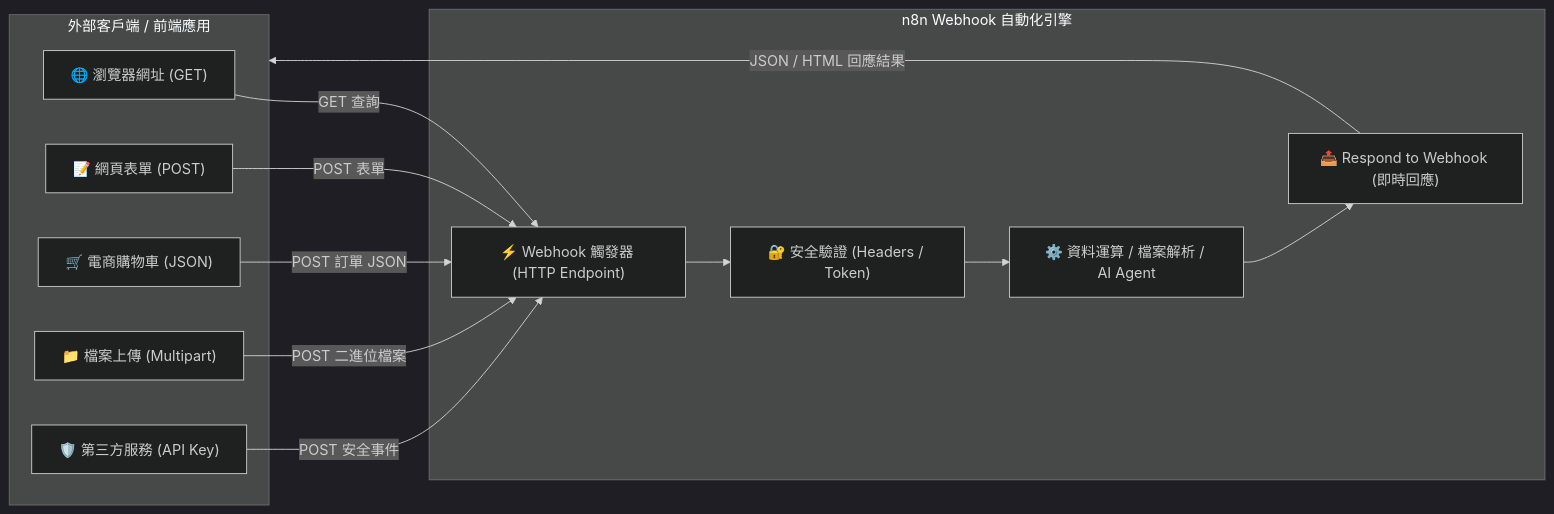
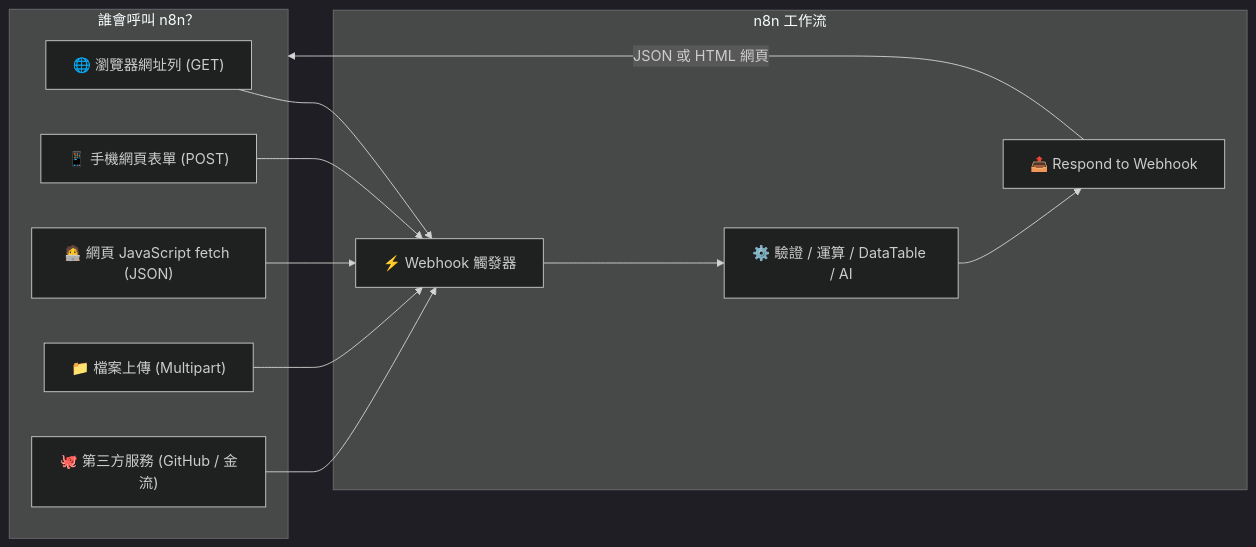
The diagram in webhook實作/README.md (roberthsu2003/n8n), drawn with Mermaid (dark theme) before and after one commit. The commit also changed other lines of this file and 4 other files, not shown here.

````diff
--- a/webhook實作/README.md
+++ b/webhook實作/README.md
@@ -20,28 +16,24 @@
 ```mermaid
 flowchart LR
-    subgraph Client_Side["外部客戶端 / 前端應用"]
-        Browser["🌐 瀏覽器網址 (GET)"]
-        WebForm["📝 網頁表單 (POST)"]
-        Ecom["🛒 電商購物車 (JSON)"]
+    subgraph Client_Side["誰會呼叫 n8n？"]
+        Browser["🌐 瀏覽器網址列 (GET)"]
+        WebForm["📱 手機網頁表單 (POST)"]
+        Fetch["🧑‍💻 網頁 JavaScript fetch (JSON)"]
         FileUpload["📁 檔案上傳 (Multipart)"]
-        ThirdParty["🛡️ 第三方服務 (API Key)"]
+        ThirdParty["🐙 第三方服務 (GitHub / 金流)"]
     end
 
-    subgraph n8n_Gateway["n8n Webhook 自動化引擎"]
-        WebhookNode["⚡ Webhook 觸發器 (HTTP Endpoint)"]
-        AuthCheck["🔐 安全驗證 (Headers / Token)"]
-        DataProcess["⚙️ 資料運算 / 檔案解析 / AI Agent"]
-        RespondNode["📤 Respond to Webhook (即時回應)"]
+    subgraph n8n_Gateway["n8n 工作流"]
+        WebhookNode["⚡ Webhook 觸發器"]
+        DataProcess["⚙️ 驗證 / 運算 / DataTable / AI"]
+        RespondNode["📤 Respond to Webhook"]
     end
 
-    Browser -->|GET 查詢| WebhookNode
-    WebForm -->|POST 表單| WebhookNode
-    Ecom -->|POST 訂單 JSON| WebhookNode
-    FileUpload -->|POST 二進位檔案| WebhookNode
-    ThirdParty -->|POST 安全事件| WebhookNode
-
-    WebhookNode --> AuthCheck
-    AuthCheck --> DataProcess
-    DataProcess --> RespondNode
-    RespondNode -->|JSON / HTML 回應結果| Client_Side
+    Browser --> WebhookNode
+    WebForm --> WebhookNode
+    Fetch --> WebhookNode
+    FileUpload --> WebhookNode
+    ThirdParty --> WebhookNode
+    WebhookNode --> DataProcess --> RespondNode
+    RespondNode -->|JSON 或 HTML 網頁| Client_Side
 ```
````
